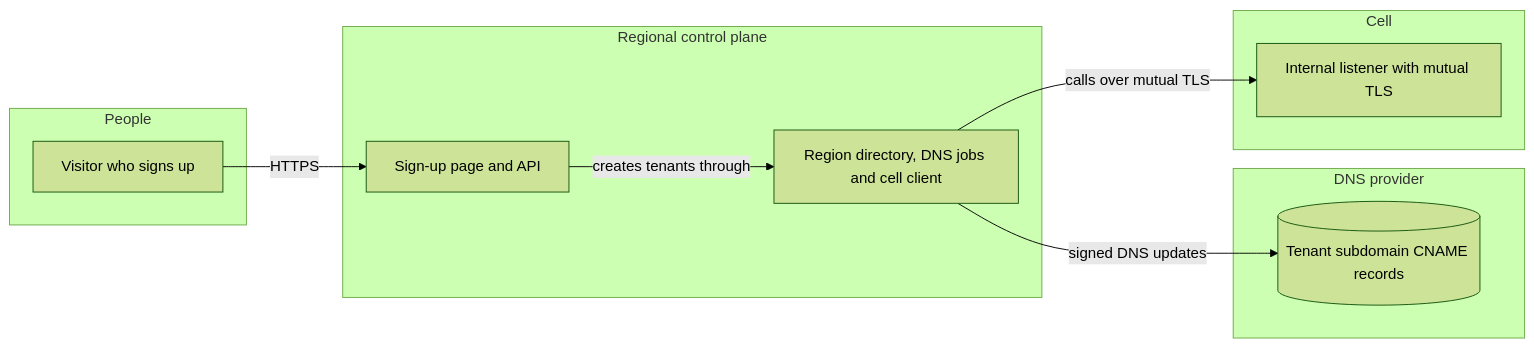
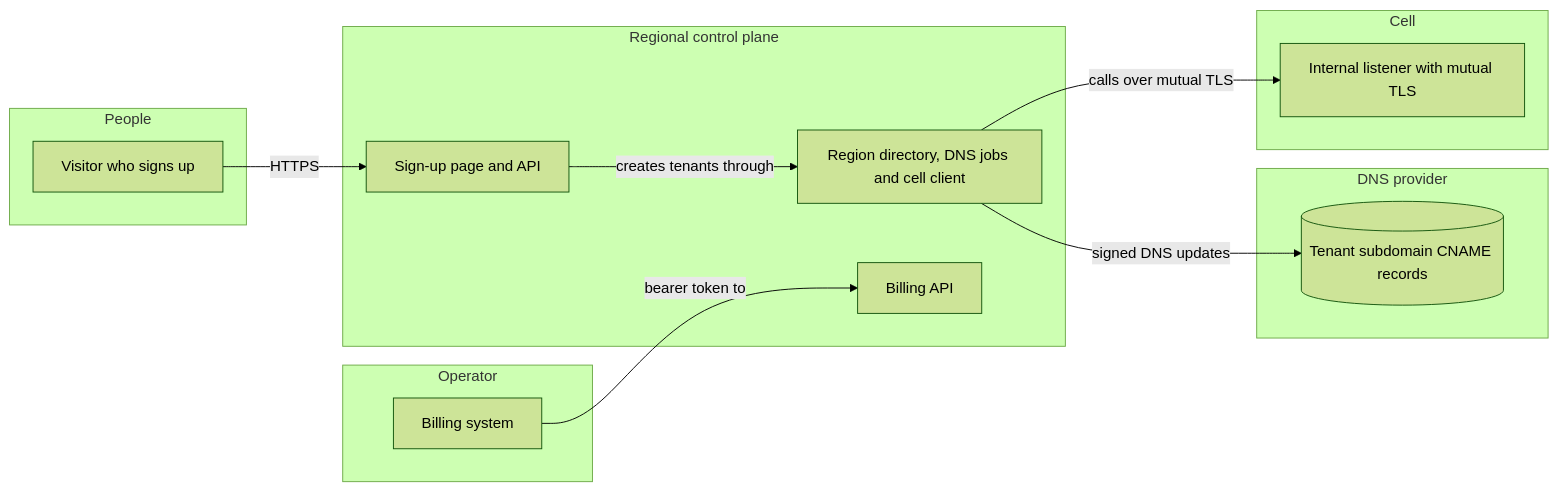
One commit to phuongnse/axis changed the first of 5 diagrams in docs/reference/threat-model-control-plane.md. Above: the diagram before and after it, drawn with Mermaid (forest theme). The commit also changed other lines of this file and 29 other files, not shown here.

First line of the commit message:
The billing system sets a tenant's paid-through date through the billing API (#5017)

````diff
--- a/docs/reference/threat-model-control-plane.md
+++ b/docs/reference/threat-model-control-plane.md
@@ -15,20 +15,25 @@
 ```mermaid
 flowchart LR
     subgraph people [People]
         Visitor[Visitor who signs up]
     end
     subgraph control [Regional control plane]
         SignUp[Sign-up page and API]
         Directory[Region directory, DNS jobs and cell client]
+        Billing[Billing API]
     end
     subgraph dns [DNS provider]
         Records[(Tenant subdomain CNAME records)]
     end
     subgraph cell [Cell]
         Internal[Internal listener with mutual TLS]
     end
+    subgraph operator [Operator]
+        BillingSystem[Billing system]
+    end
     Visitor -->|HTTPS| SignUp
     SignUp -->|creates tenants through| Directory
     Directory -->|signed DNS updates| Records
     Directory -->|calls over mutual TLS| Internal
+    BillingSystem -->|bearer token to| Billing
 ```
````
